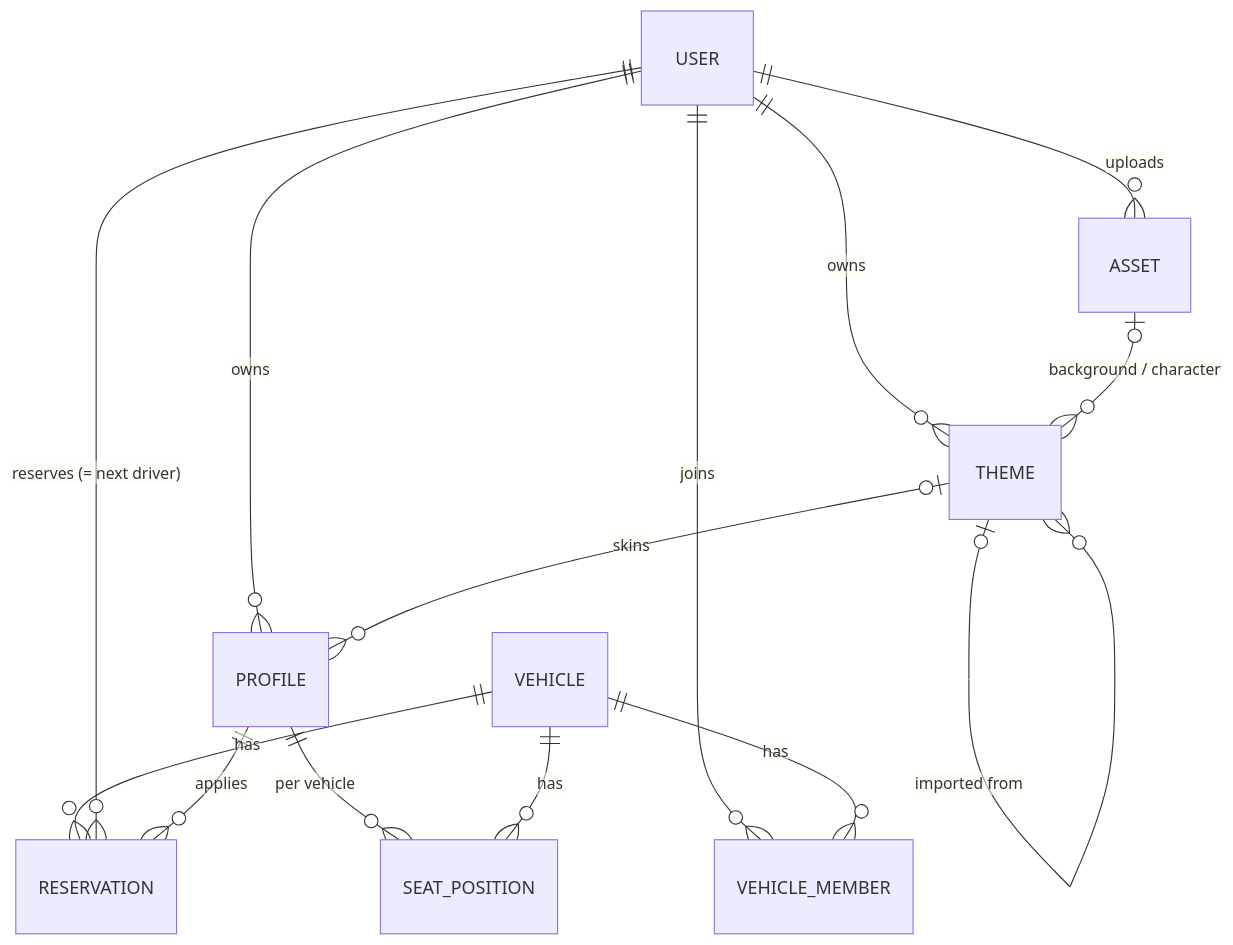
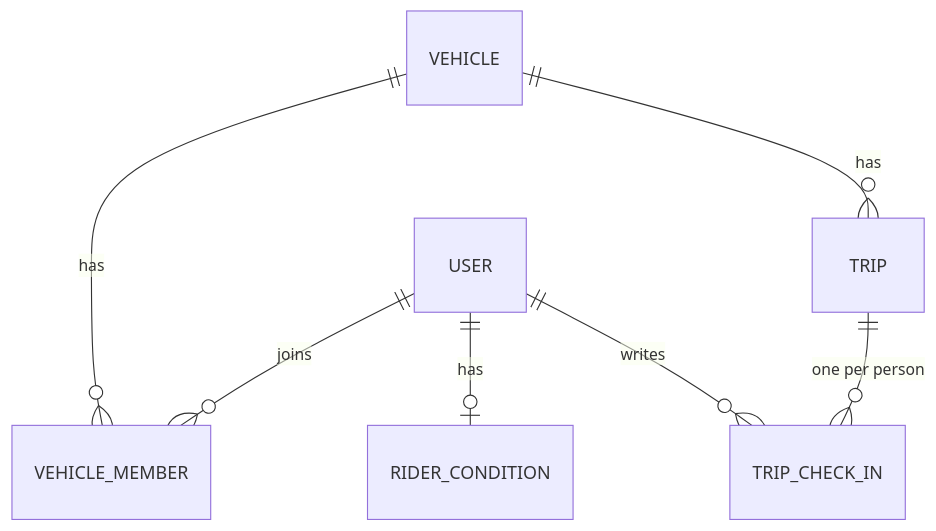
Before and after one commit to HyunPer/BE: the second of 4 diagrams in docs/DESIGN.md, drawn with Mermaid. The commit also changed other lines of this file and 47 other files, not shown here.

````diff
--- a/docs/DESIGN.md
+++ b/docs/DESIGN.md
@@ -26,16 +26,9 @@
 ```mermaid
 erDiagram
-  USER ||--o{ PROFILE : owns
   USER ||--o{ VEHICLE_MEMBER : joins
   VEHICLE ||--o{ VEHICLE_MEMBER : has
-  VEHICLE ||--o{ RESERVATION : has
-  USER ||--o{ RESERVATION : "reserves (= next driver)"
-  PROFILE ||--o{ RESERVATION : applies
-  USER ||--o{ THEME : owns
-  THEME |o--o{ PROFILE : "skins"
-  THEME |o--o{ THEME : "imported from"
-  USER ||--o{ ASSET : uploads
-  ASSET |o--o{ THEME : "background / character"
-  PROFILE ||--o{ SEAT_POSITION : "per vehicle"
-  VEHICLE ||--o{ SEAT_POSITION : has
+  VEHICLE ||--o{ TRIP : has
+  TRIP ||--o{ TRIP_CHECK_IN : "one per person"
+  USER ||--o{ TRIP_CHECK_IN : writes
+  USER ||--o| RIDER_CONDITION : has
 ```
````
